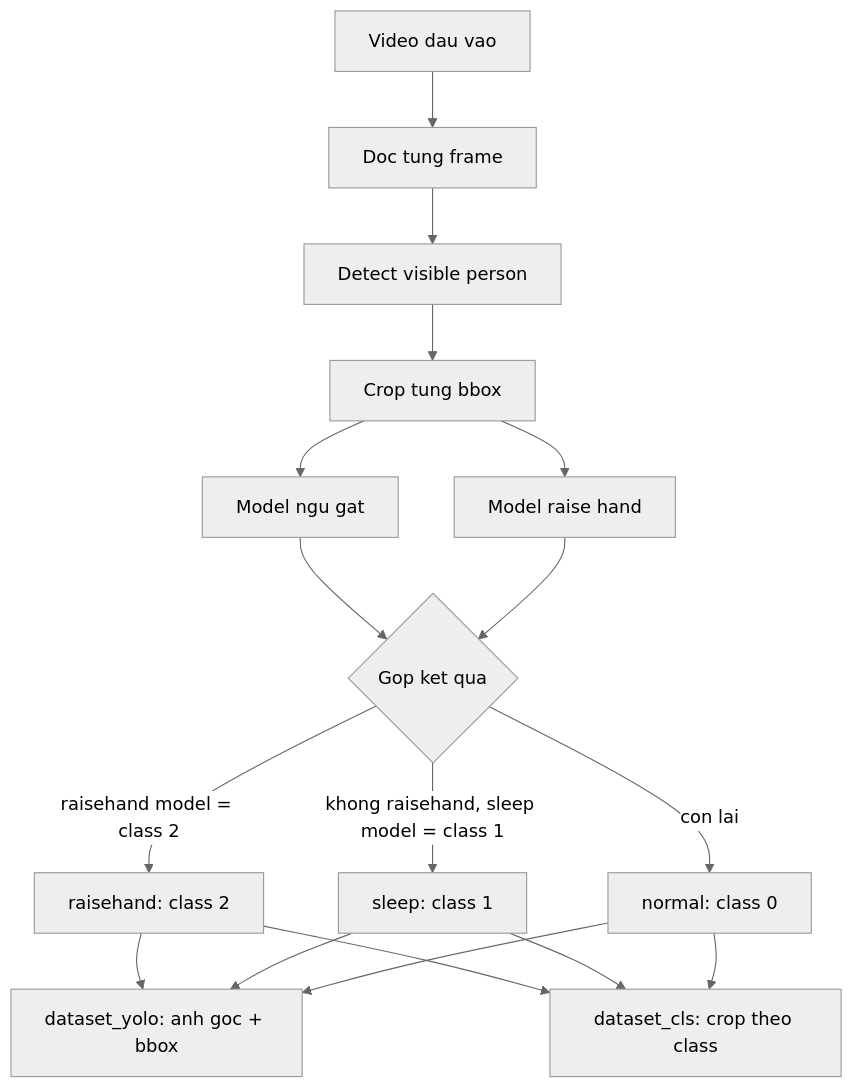
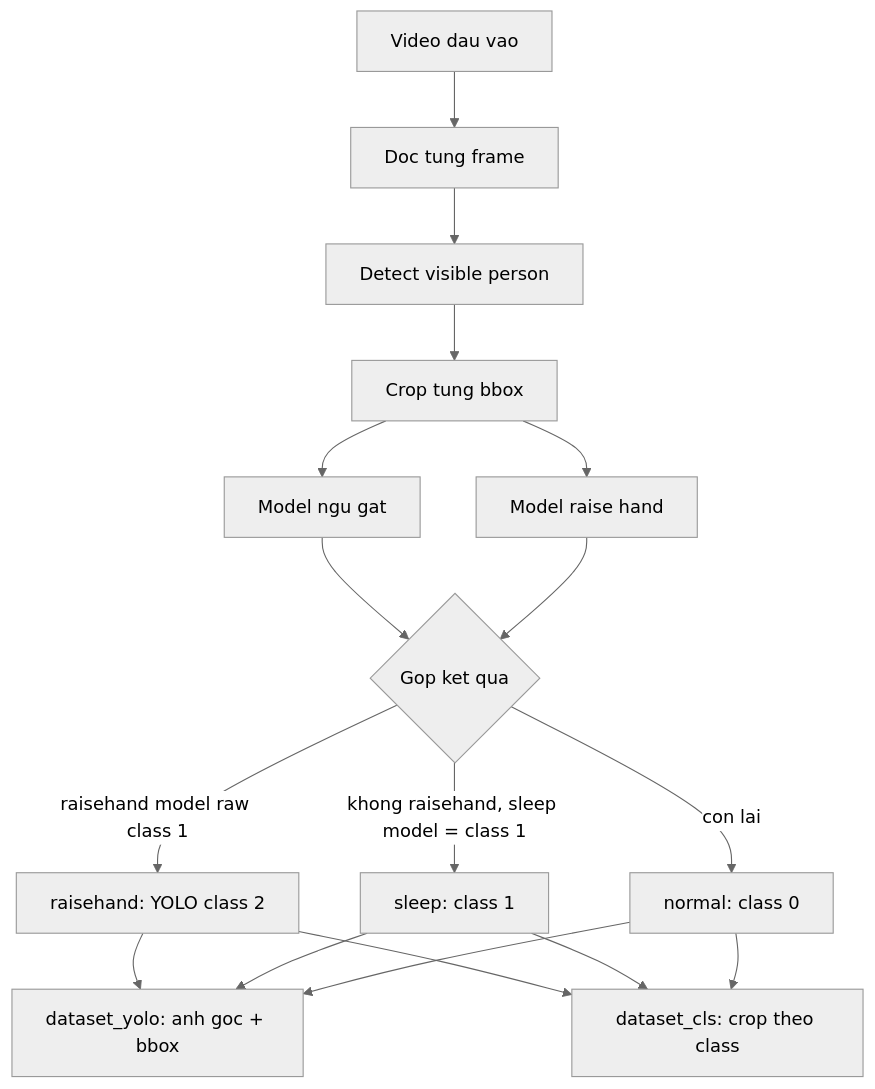
Before and after one commit to nghiado905/sleep_classify: the diagram in docs/detect_crop_classify_dataset_flow.md, drawn with Mermaid (neutral theme). The commit also changed 3 other files, not shown here.

````diff
--- a/docs/detect_crop_classify_dataset_flow.md
+++ b/docs/detect_crop_classify_dataset_flow.md
@@ -3,21 +3,21 @@
 ```mermaid
 flowchart TD
     A[Video dau vao] --> F[Doc tung frame]
     F --> B[Detect visible person]
     B --> C[Crop tung bbox]
     C --> D1
     C --> D2
     D1[Model ngu gat]
     D2[Model raise hand]
     D1 --> E{Gop ket qua}
     D2 --> E
-    E -- raisehand model = class 2 --> R[raisehand: class 2]
+    E -- raisehand model raw class 1 --> R[raisehand: YOLO class 2]
     E -- khong raisehand, sleep model = class 1 --> S[sleep: class 1]
     E -- con lai --> N[normal: class 0]
     R --> Y[dataset_yolo: anh goc + bbox]
     S --> Y
     N --> Y
     R --> K[dataset_cls: crop theo class]
     S --> K
     N --> K
 ```
````
